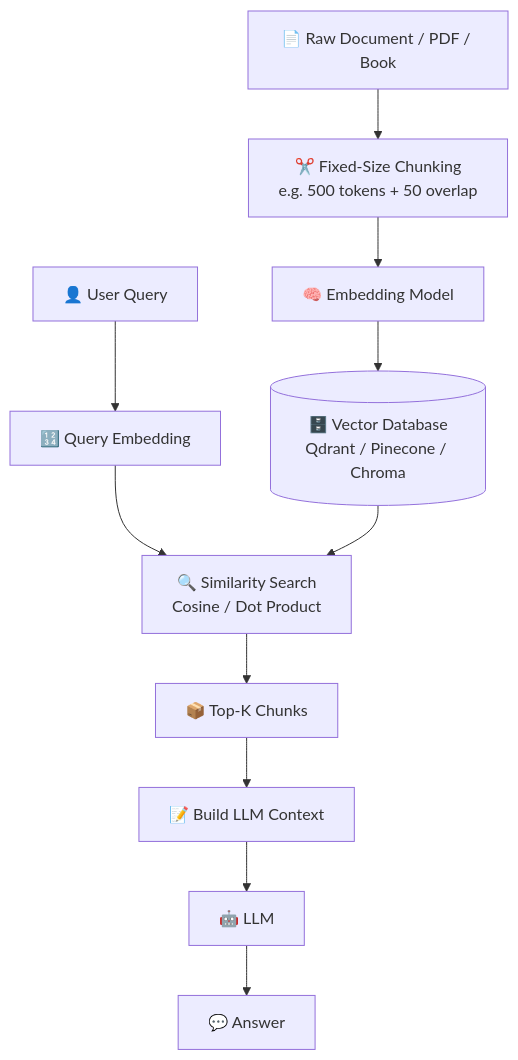
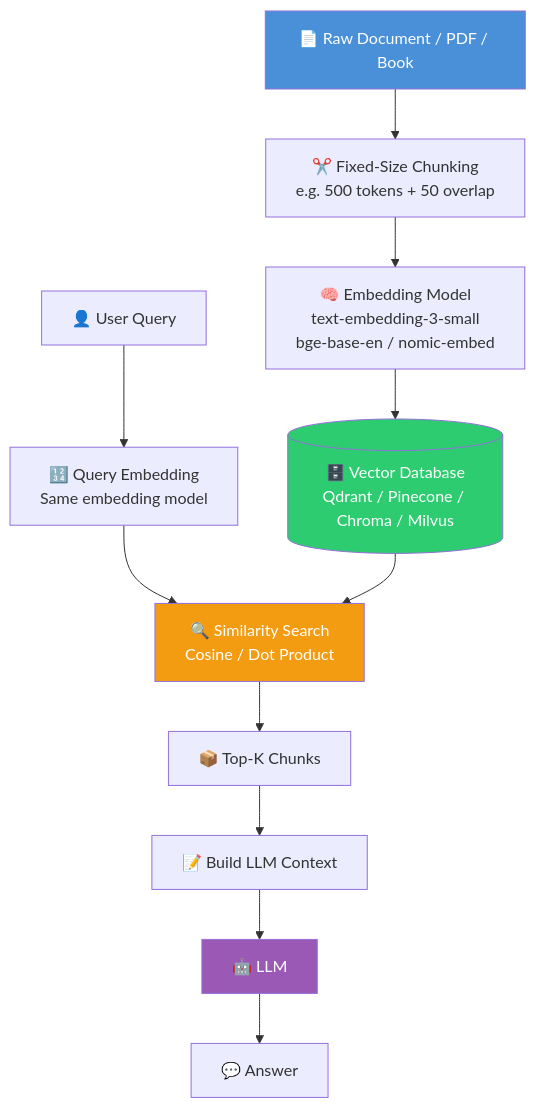
The first of 14 diagrams in Lecture 18 - Vectorless RAG and LLM Wiki/notes/01_limitations_vector_rag_chunking.md (Amie-dev/FDE-and-GenAI-Mastery), drawn with Mermaid before and after one commit. The commit also changed other lines of this file and 6 other files, not shown here.

````diff
--- a/Lecture 18 - Vectorless RAG and LLM Wiki/notes/01_limitations_vector_rag_chunking.md
+++ b/Lecture 18 - Vectorless RAG and LLM Wiki/notes/01_limitations_vector_rag_chunking.md
@@ -9,19 +11,24 @@
 ```mermaid
 flowchart TD
 
     DOC["📄 Raw Document / PDF / Book"]
     DOC --> CHUNK["✂️ Fixed-Size Chunking<br/>e.g. 500 tokens + 50 overlap"]
 
-    CHUNK --> EMBED["🧠 Embedding Model"]
-    EMBED --> DB[("🗄️ Vector Database<br/>Qdrant / Pinecone / Chroma")]
+    CHUNK --> EMBED["🧠 Embedding Model<br/>text-embedding-3-small<br/>bge-base-en / nomic-embed"]
+    EMBED --> DB[("🗄️ Vector Database<br/>Qdrant / Pinecone / Chroma / Milvus")]
 
     Q["👤 User Query"]
-    Q --> QE["🔢 Query Embedding"]
+    Q --> QE["🔢 Query Embedding<br/>Same embedding model"]
     QE --> S["🔍 Similarity Search<br/>Cosine / Dot Product"]
     DB --> S
 
     S --> K["📦 Top-K Chunks"]
     K --> CTX["📝 Build LLM Context"]
     CTX --> LLM["🤖 LLM"]
     LLM --> ANS["💬 Answer"]
+
+    style DOC fill:#4a90d9,color:#fff
+    style DB fill:#2ecc71,color:#fff
+    style S fill:#f39c12,color:#fff
+    style LLM fill:#9b59b6,color:#fff
 ```
````
